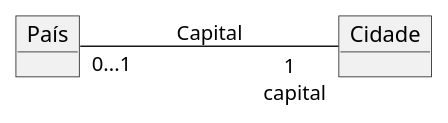
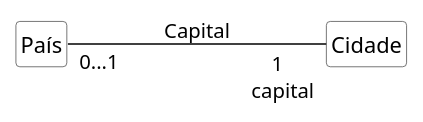
The diagram in imagens/modelos-01/imagem-06/mod01ima06.plantuml (kyriosdata/oo), drawn with PlantUML before and after one commit. The commit also changed 13 other files, not shown here.

```diff
--- a/imagens/modelos-01/imagem-06/mod01ima06.plantuml
+++ b/imagens/modelos-01/imagem-06/mod01ima06.plantuml
@@ -1,7 +1,16 @@
 @startuml mod01ima06
+hide circle
+hide methods
+hide empty members
+
+skinparam class {
+    BackgroundColor White
+    ArrowColor Black
+    BorderColor #505050
+}
 skinparam SequenceMessageAlignment true
-object "País" as pa
-object "Cidade" as ci
+class "País" as pa
+class "Cidade" as ci
 left to right direction
 pa"0...1"---"1 \n capital"ci: "Capital"
 @enduml
```
